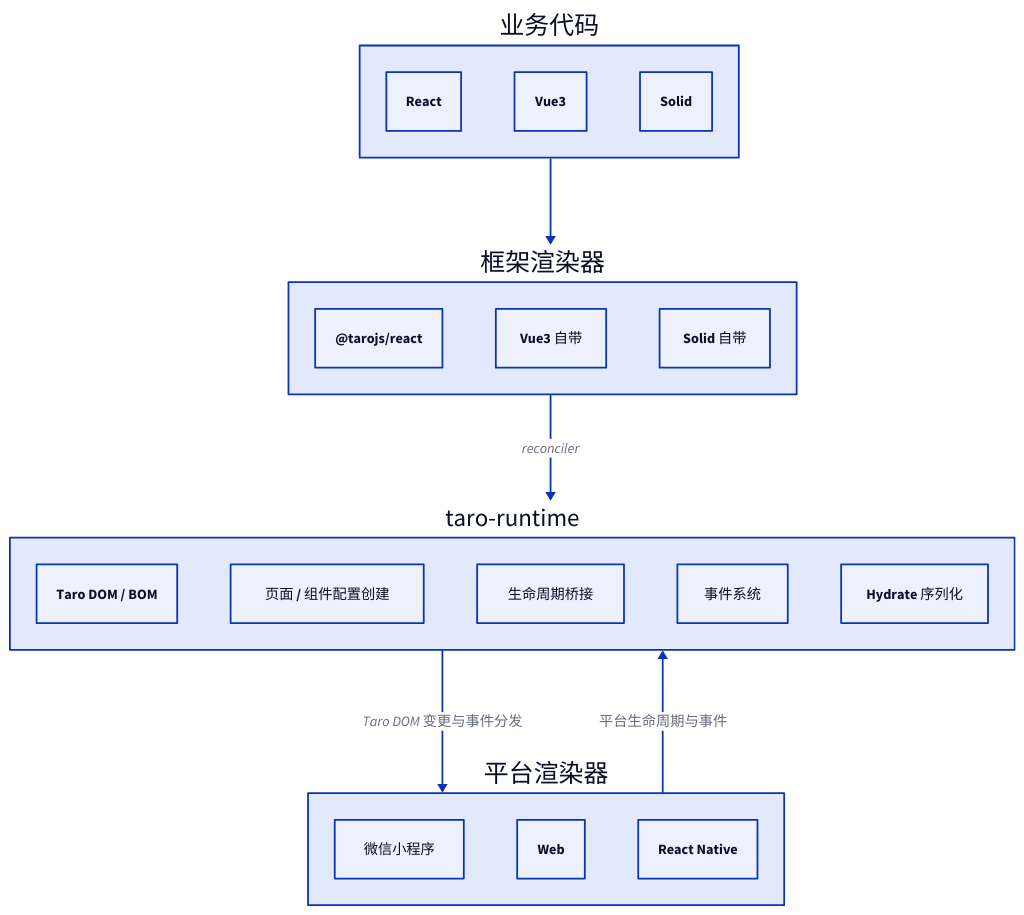
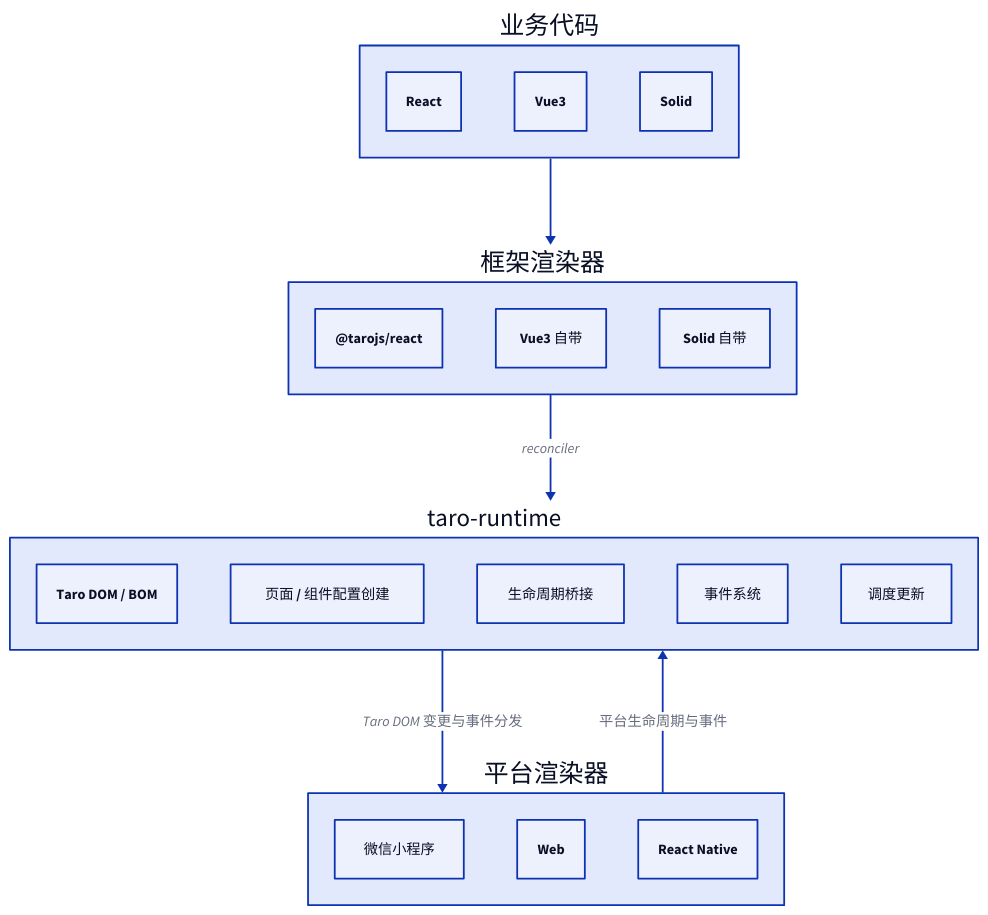
One commit to youngluo/thinking changed the second of 7 diagrams in apps/docs/experiences/微信小程序/Taro 原理与实践.md. Above: the diagram before and after it, drawn with D2. The commit also changed other lines of this file, not shown here.

Commit message:
docs: polish Taro architecture article

````diff
--- a/apps/docs/experiences/微信小程序/Taro 原理与实践.md
+++ b/apps/docs/experiences/微信小程序/Taro 原理与实践.md
@@ -191,42 +160,42 @@
 ```d2
 direction: down
 
 framework:  业务代码 {
   class: group
 
   react: React
   vue: Vue3
   solid: Solid
 }
 
 renderer: 框架渲染器 {
   class: group
 
   react: '@tarojs/react'
   vue: Vue3 自带
   solid: Solid 自带
 }
 
 core: taro-runtime {
   class: group
 
   dom: Taro DOM / BOM
   b: 页面 / 组件配置创建
   c: 生命周期桥接
   event: 事件系统
-  schedule: Hydrate 序列化
+  schedule: 调度更新
 }
 
 platform: 平台渲染器 {
   class: group
 
   weapp: 微信小程序
   web: Web
   rn: React Native
 }
 
 framework -> renderer
 renderer -> core: reconciler
 core -> platform: Taro DOM 变更与事件分发
 platform -> core: 平台生命周期与事件
 ```
````
